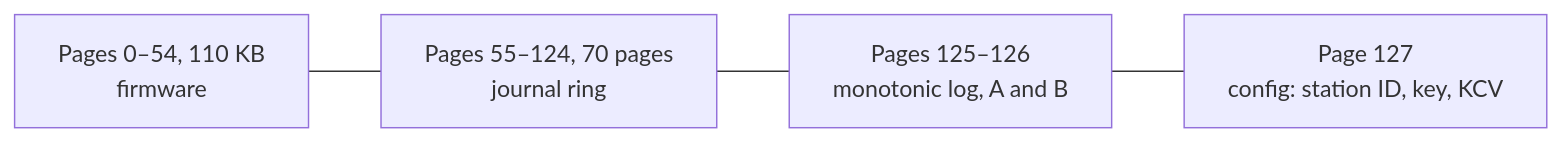
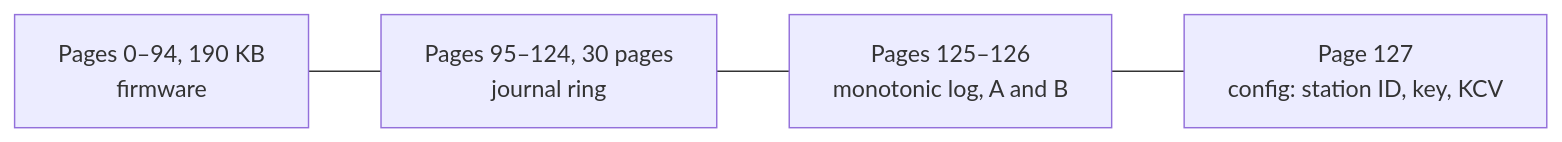
One commit to clintecker/weather-station-2026 changed the seventh of 8 diagrams in firmware/stage0-node/README.md. Above: the diagram before and after it, drawn with Mermaid. The commit also changed other lines of this file and 26 other files, not shown here.

Commit message:
flash: 190 KB firmware, 30-page journal (about 10 h) until H11 moves the journal off-chip

````diff
--- a/firmware/stage0-node/README.md
+++ b/firmware/stage0-node/README.md
@@ -375,6 +375,6 @@
 ```mermaid
 flowchart LR
-  FW["Pages 0–54, 110 KB<br/>firmware"] --- J["Pages 55–124, 70 pages<br/>journal ring"]
+  FW["Pages 0–94, 190 KB<br/>firmware"] --- J["Pages 95–124, 30 pages<br/>journal ring"]
   J --- META["Pages 125–126<br/>monotonic log, A and B"]
   META --- CFG["Page 127<br/>config: station ID, key, KCV"]
 ```
````
